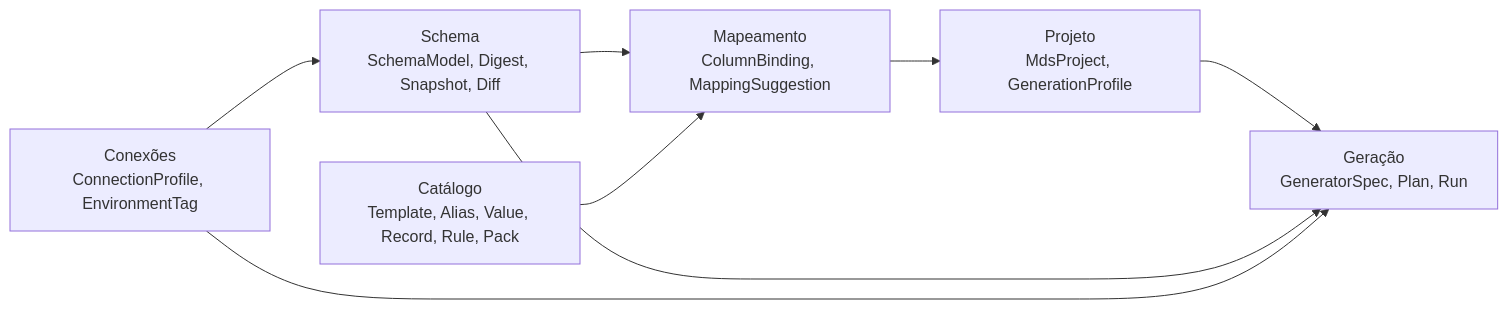
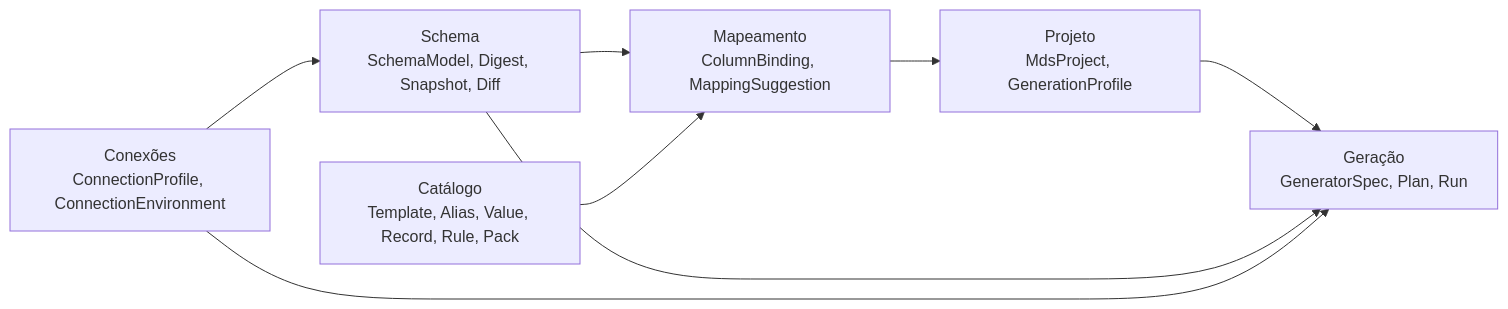
Before and after one commit to MarcosAndreRJ/mockdatastudio: the first of 2 diagrams in docs/08-domain-model.md, drawn with Mermaid. The commit also changed other lines of this file and 45 other files, not shown here.

````diff
--- a/docs/08-domain-model.md
+++ b/docs/08-domain-model.md
@@ -11,16 +11,16 @@
 ```mermaid
 flowchart LR
     S[Schema<br/>SchemaModel, Digest, Snapshot, Diff]
     C[Catálogo<br/>Template, Alias, Value, Record, Rule, Pack]
     M[Mapeamento<br/>ColumnBinding, MappingSuggestion]
     G[Geração<br/>GeneratorSpec, Plan, Run]
     P[Projeto<br/>MdsProject, GenerationProfile]
-    X[Conexões<br/>ConnectionProfile, EnvironmentTag]
+    X[Conexões<br/>ConnectionProfile, ConnectionEnvironment]
     S --> M
     C --> M
     M --> P
     P --> G
     S --> G
     X --> S
     X --> G
 ```
````
